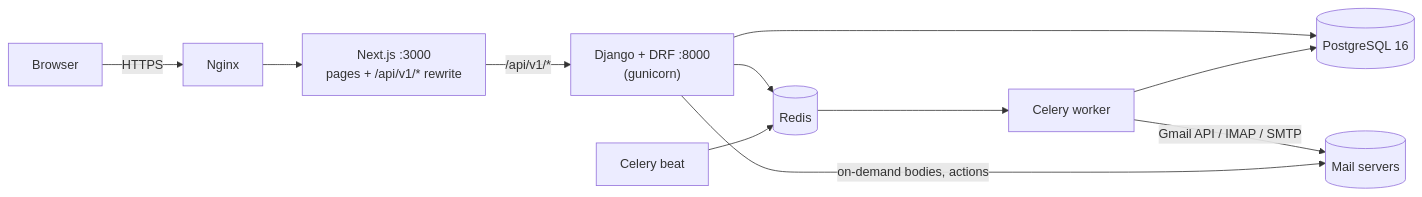
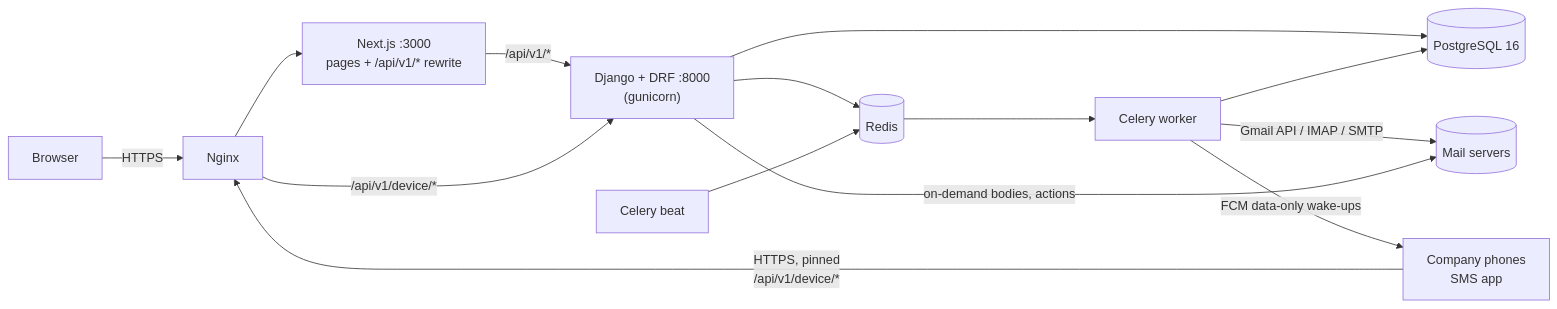
Before and after one commit to akilainnocent3/communication-app: the first of 6 diagrams in docs/architecture.md, drawn with Mermaid. The commit also changed other lines of this file and 48 other files, not shown here.

````diff
--- a/docs/architecture.md
+++ b/docs/architecture.md
@@ -9,13 +10,16 @@
 ```mermaid
 flowchart LR
   B[Browser] -->|HTTPS| N[Nginx]
   N --> F["Next.js :3000<br/>pages + /api/v1/* rewrite"]
   F -->|/api/v1/*| D["Django + DRF :8000<br/>(gunicorn)"]
   D --> P[(PostgreSQL 16)]
   D --> R[(Redis)]
   R --> W[Celery worker]
   BT[Celery beat] --> R
   W --> P
   W -->|Gmail API / IMAP / SMTP| G[(Mail servers)]
   D -->|on-demand bodies, actions| G
+  PH[Company phones<br/>SMS app] -->|HTTPS, pinned<br/>/api/v1/device/*| N
+  N -->|/api/v1/device/*| D
+  W -->|FCM data-only wake-ups| PH
 ```
````
